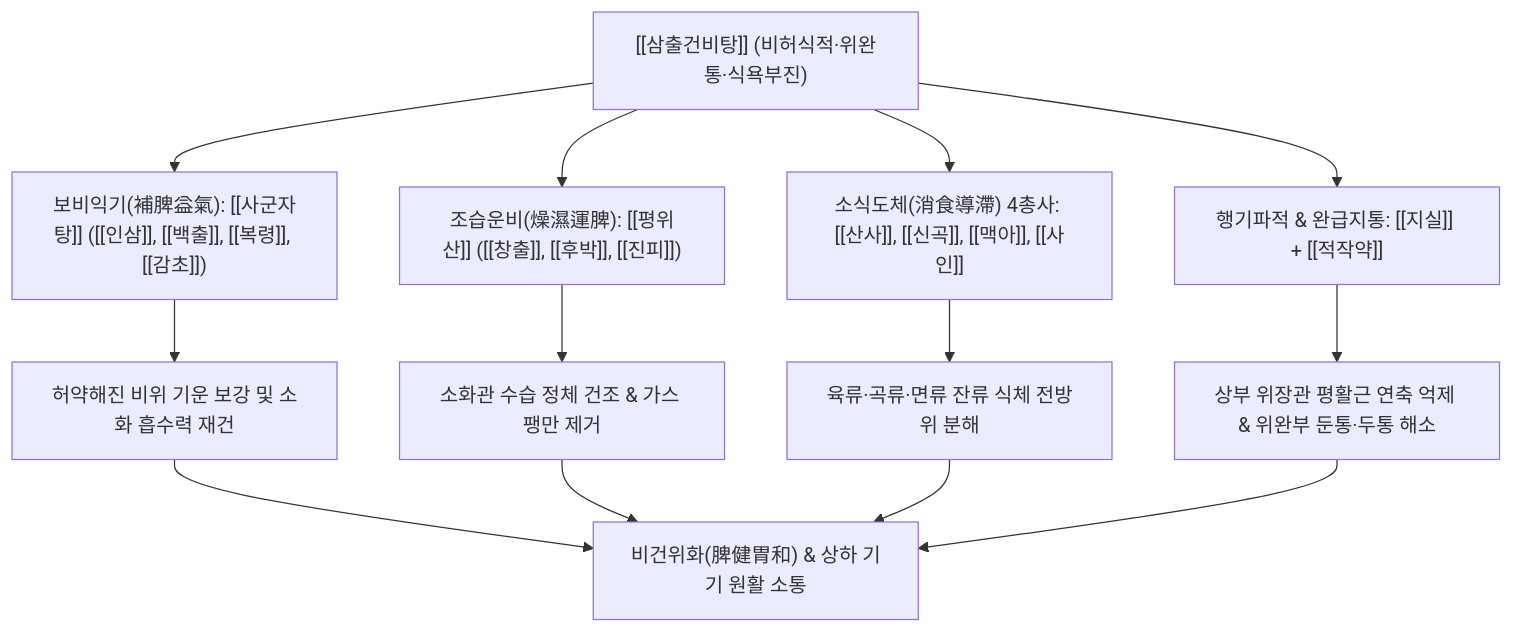
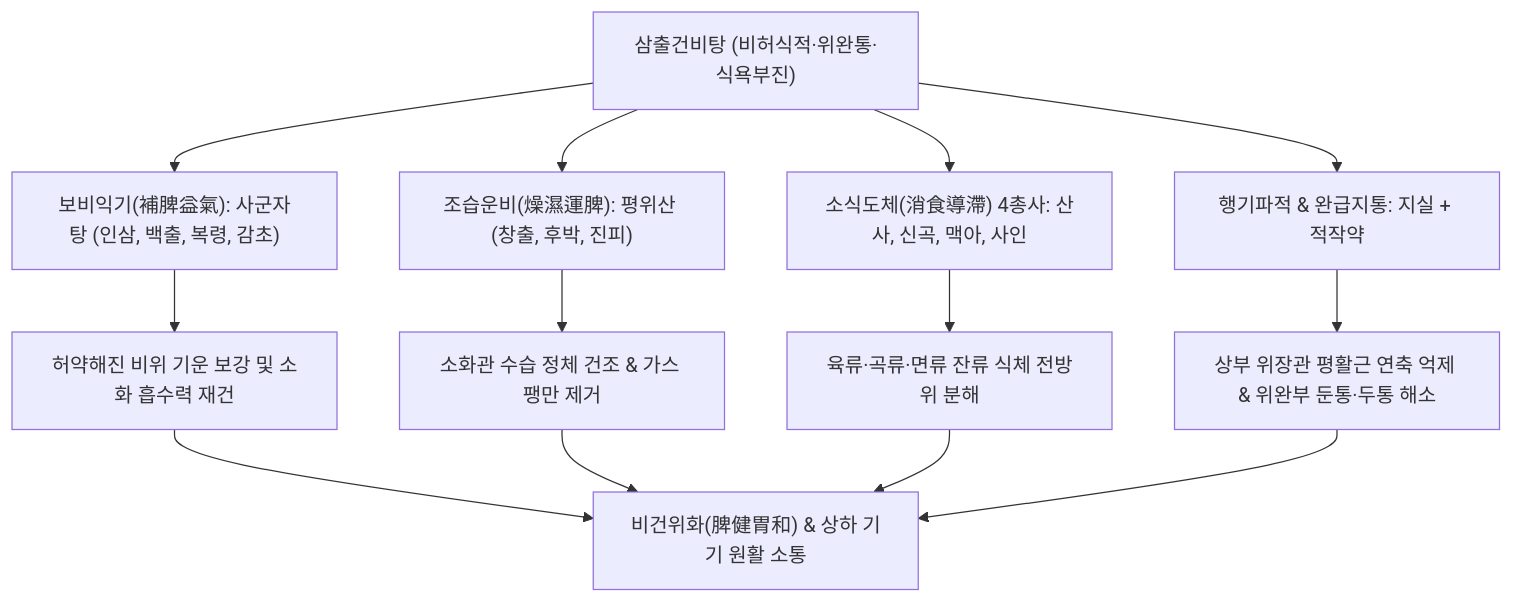
One commit to simbio11/simbio-digital-garden2 changed the diagram in content/2. 약리 공부/처방/03_화담·거습·이수제/삼출건비탕.md. Above: the diagram before and after it, drawn with Mermaid. The commit also changed other lines of this file and 323 other files, not shown here.

````diff
--- a/content/2. 약리 공부/처방/03_화담·거습·이수제/삼출건비탕.md
+++ b/content/2. 약리 공부/처방/03_화담·거습·이수제/삼출건비탕.md
@@ -54,14 +56,14 @@
 ```mermaid
 graph TD
-    A["[[삼출건비탕]] (비허식적·위완통·식욕부진)"] --> B["보비익기(補脾益氣): [[사군자탕]] ([[인삼]], [[백출]], [[복령]], [[감초]])"]
-    A --> C["조습운비(燥濕運脾): [[평위산]] ([[창출]], [[후박]], [[진피]])"]
-    A --> D["소식도체(消食導滯) 4총사: [[산사]], [[신곡]], [[맥아]], [[사인]]"]
-    A --> E["행기파적 & 완급지통: [[지실]] + [[적작약]]"]
+    A["삼출건비탕 (비허식적·위완통·식욕부진)"] --> B["보비익기(補脾益氣): 사군자탕 (인삼, 백출, 복령, 감초)"]
+    A --> C["조습운비(燥濕運脾): 평위산 (창출, 후박, 진피)"]
+    A --> D["소식도체(消食導滯) 4총사: 산사, 신곡, 맥아, 사인"]
+    A --> E["행기파적 & 완급지통: 지실 + 적작약"]
 
     B --> F["허약해진 비위 기운 보강 및 소화 흡수력 재건"]
     C --> G["소화관 수습 정체 건조 & 가스 팽만 제거"]
     D --> H["육류·곡류·면류 잔류 식체 전방위 분해"]
     E --> I["상부 위장관 평활근 연축 억제 & 위완부 둔통·두통 해소"]
 
     F & G & H & I --> J["비건위화(脾健胃和) & 상하 기기 원활 소통"]
 ```
````
